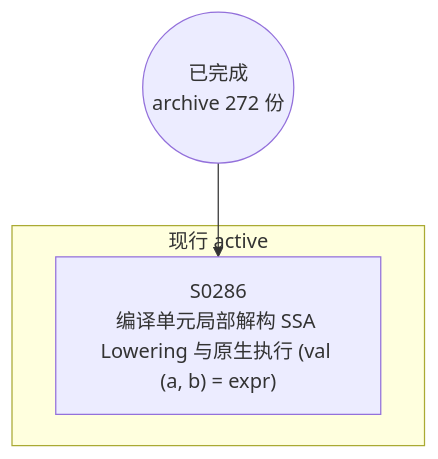
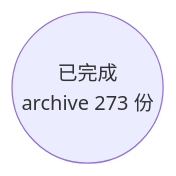
The diagram in docs/specs/dependency-graph.md (Halckon/Koven), drawn with Mermaid before and after one commit. The commit also changed other lines of this file and 7 other files, not shown here.

````diff
--- a/docs/specs/dependency-graph.md
+++ b/docs/specs/dependency-graph.md
@@ -9,8 +9,4 @@
 ```mermaid
 flowchart TD
-ARCH(("已完成<br/>archive 272 份"))
-subgraph Gactive["现行 active"]
-  S0286["S0286<br/>编译单元局部解构 SSA Lowering 与原生执行 (val (a, b) = expr)"]
-end
-ARCH --> S0286
+ARCH(("已完成<br/>archive 273 份"))
 ```
````
